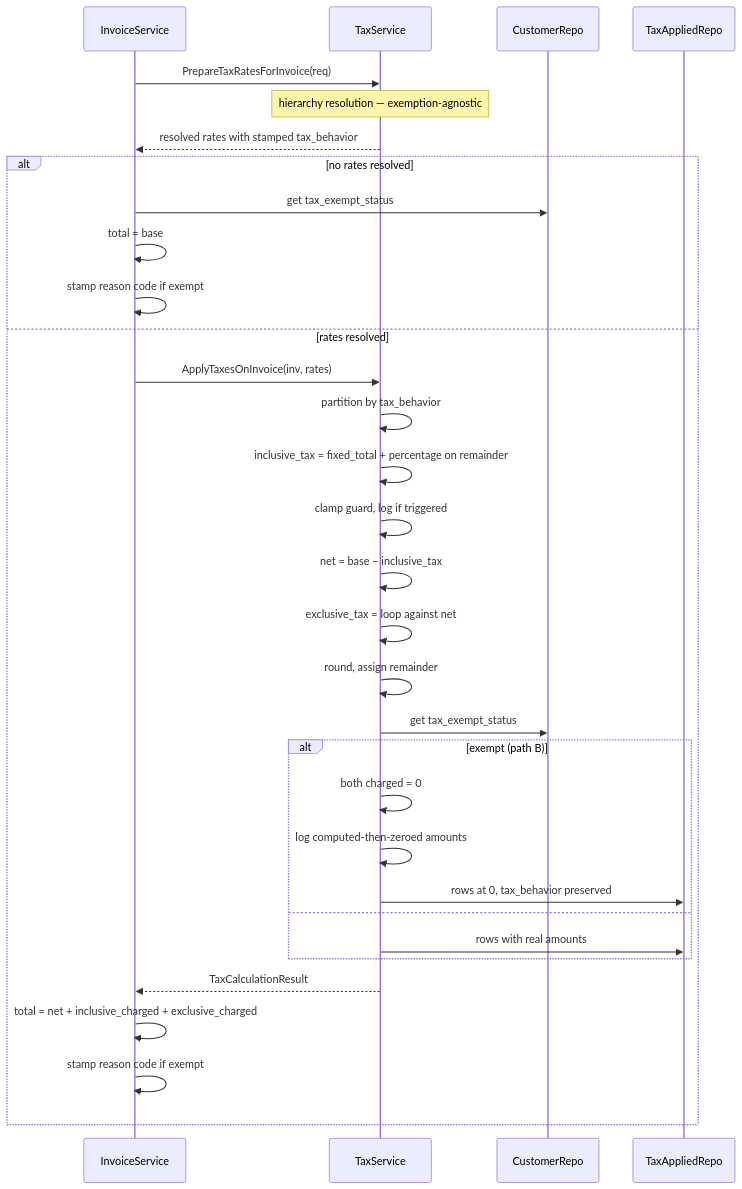
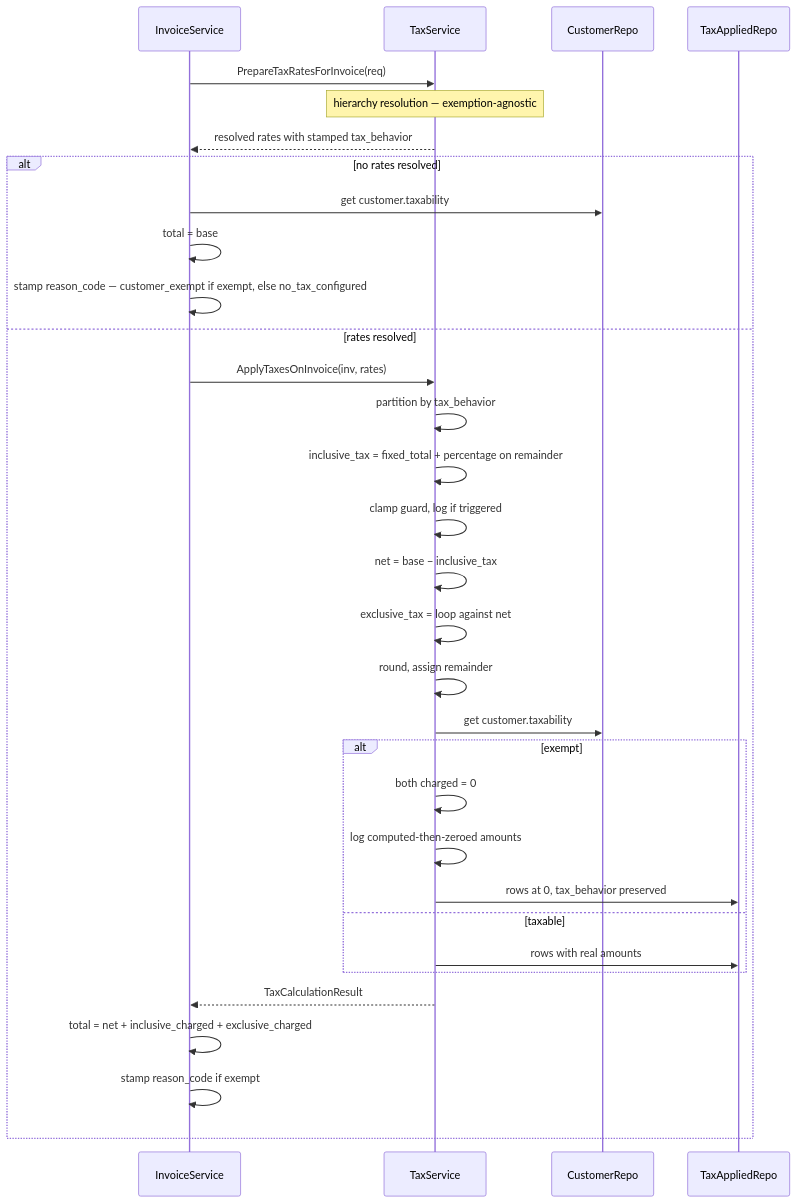
The fifth of 5 diagrams in docs/design/2026-08-17-FLE-1187-taxation-lineitem-inclusive.md (subratsahilgupta/flexprice), drawn with Mermaid before and after one commit. The commit also changed other lines of this file, not shown here.

Commit message:
docs(taxation): enhance design document with detailed credit note and taxability definitions, update validation rules for subscriptions

````diff
--- a/docs/design/2026-08-17-FLE-1187-taxation-lineitem-inclusive.md
+++ b/docs/design/2026-08-17-FLE-1187-taxation-lineitem-inclusive.md
@@ -488,38 +539,38 @@
 ```mermaid
 sequenceDiagram
     participant IS as InvoiceService
     participant TS as TaxService
     participant CR as CustomerRepo
     participant TA as TaxAppliedRepo
 
     IS->>TS: PrepareTaxRatesForInvoice(req)
     Note over TS: hierarchy resolution — exemption-agnostic
     TS-->>IS: resolved rates with stamped tax_behavior
 
     alt no rates resolved
-        IS->>CR: get tax_exempt_status
+        IS->>CR: get customer.taxability
         IS->>IS: total = base
-        IS->>IS: stamp reason code if exempt
+        IS->>IS: stamp reason_code — customer_exempt if exempt, else no_tax_configured
     else rates resolved
         IS->>TS: ApplyTaxesOnInvoice(inv, rates)
         TS->>TS: partition by tax_behavior
         TS->>TS: inclusive_tax = fixed_total + percentage on remainder
         TS->>TS: clamp guard, log if triggered
         TS->>TS: net = base − inclusive_tax
         TS->>TS: exclusive_tax = loop against net
         TS->>TS: round, assign remainder
 
-        TS->>CR: get tax_exempt_status
-        alt exempt (path B)
+        TS->>CR: get customer.taxability
+        alt exempt
             TS->>TS: both charged = 0
             TS->>TS: log computed-then-zeroed amounts
             TS->>TA: rows at 0, tax_behavior preserved
-        else
+        else taxable
             TS->>TA: rows with real amounts
         end
 
         TS-->>IS: TaxCalculationResult
         IS->>IS: total = net + inclusive_charged + exclusive_charged
-        IS->>IS: stamp reason code if exempt
+        IS->>IS: stamp reason_code if exempt
     end
 ```
````
